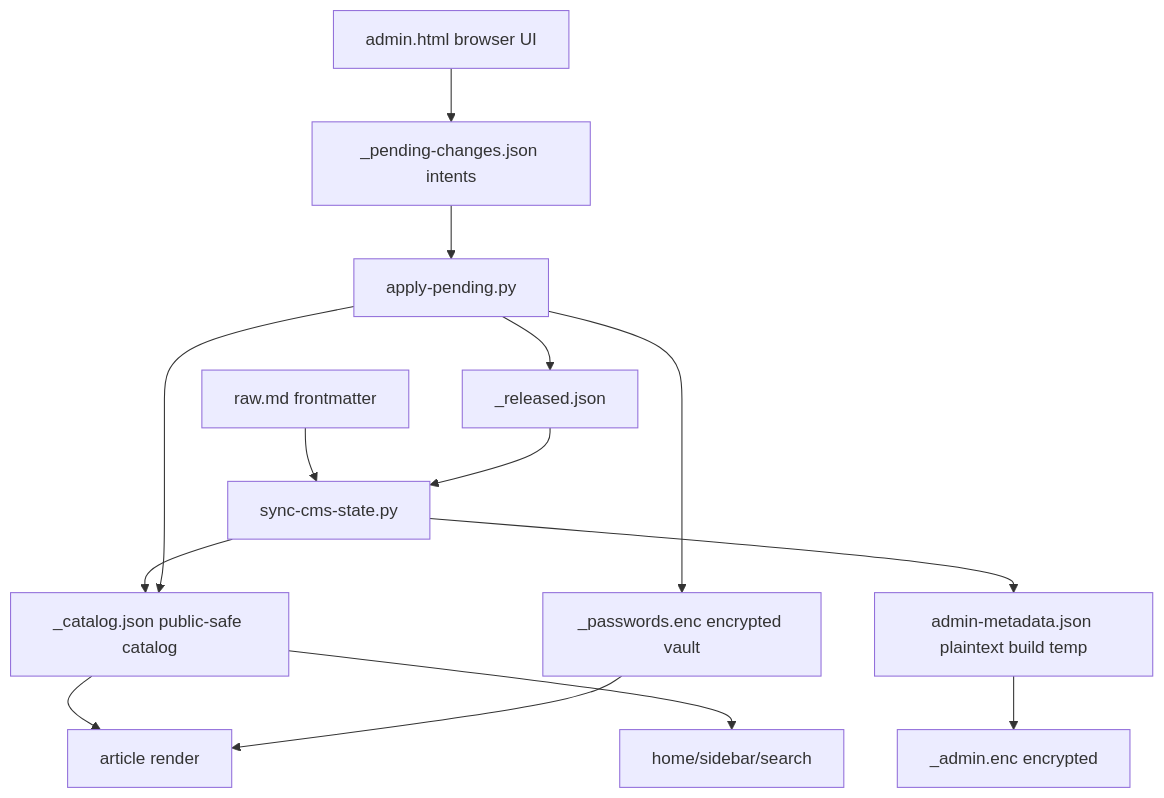
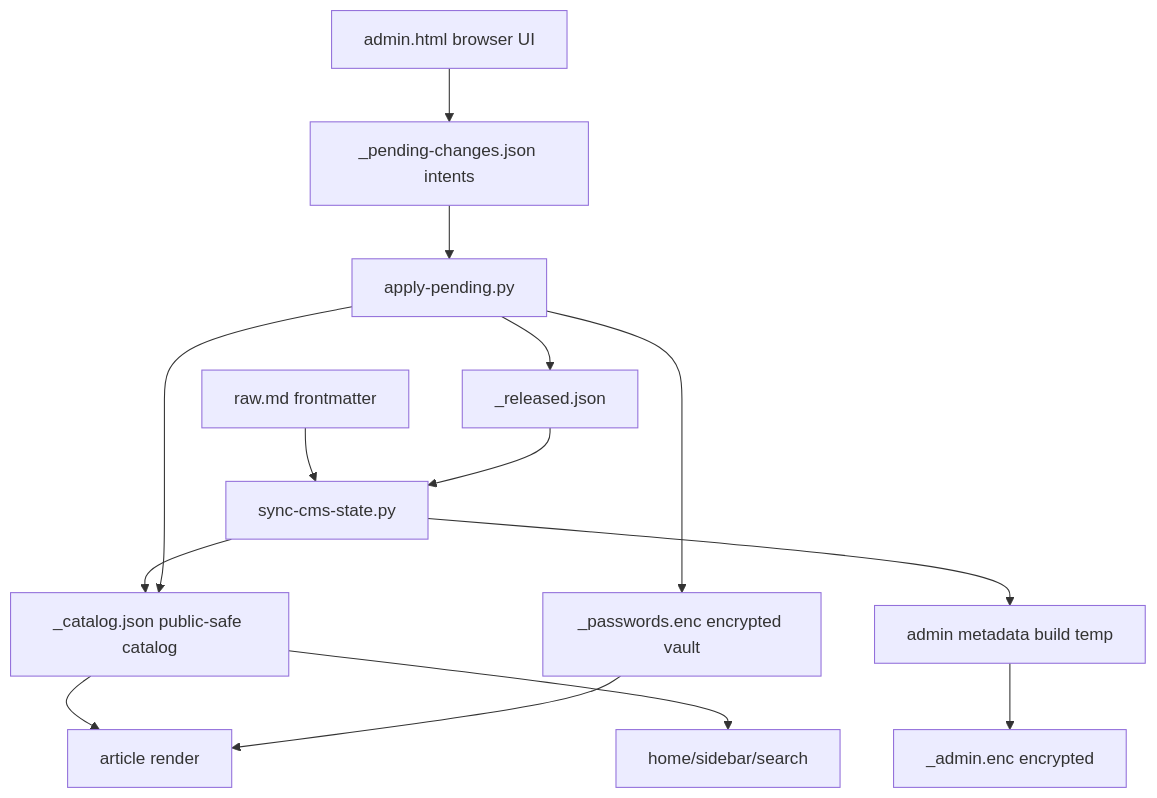
The diagram in lane-notes/security-permissions.md (felipeggv/wikia), drawn with Mermaid before and after one commit. The commit also changed other lines of this file, not shown here.

````diff
--- a/lane-notes/security-permissions.md
+++ b/lane-notes/security-permissions.md
@@ -78,16 +73,16 @@
 ```mermaid
 flowchart TD
   Raw[raw.md frontmatter] --> Sync[sync-cms-state.py]
   Released[_released.json] --> Sync
   Sync --> Catalog[_catalog.json public-safe catalog]
-  Sync --> AdminJSON[admin-metadata.json plaintext build temp]
+  Sync --> AdminJSON[admin metadata build temp]
   AdminJSON --> AdminEnc[_admin.enc encrypted]
-  Catalog --> Home[home/sidebar/search]
+  Catalog --> PublicSurfaces[home/sidebar/search]
   Catalog --> Article[article render]
   Vault[_passwords.enc encrypted vault] --> Article
   AdminUI[admin.html browser UI] --> Pending[_pending-changes.json intents]
   Pending --> Apply[apply-pending.py]
   Apply --> Vault
   Apply --> Released
   Apply --> Catalog
 ```
````
